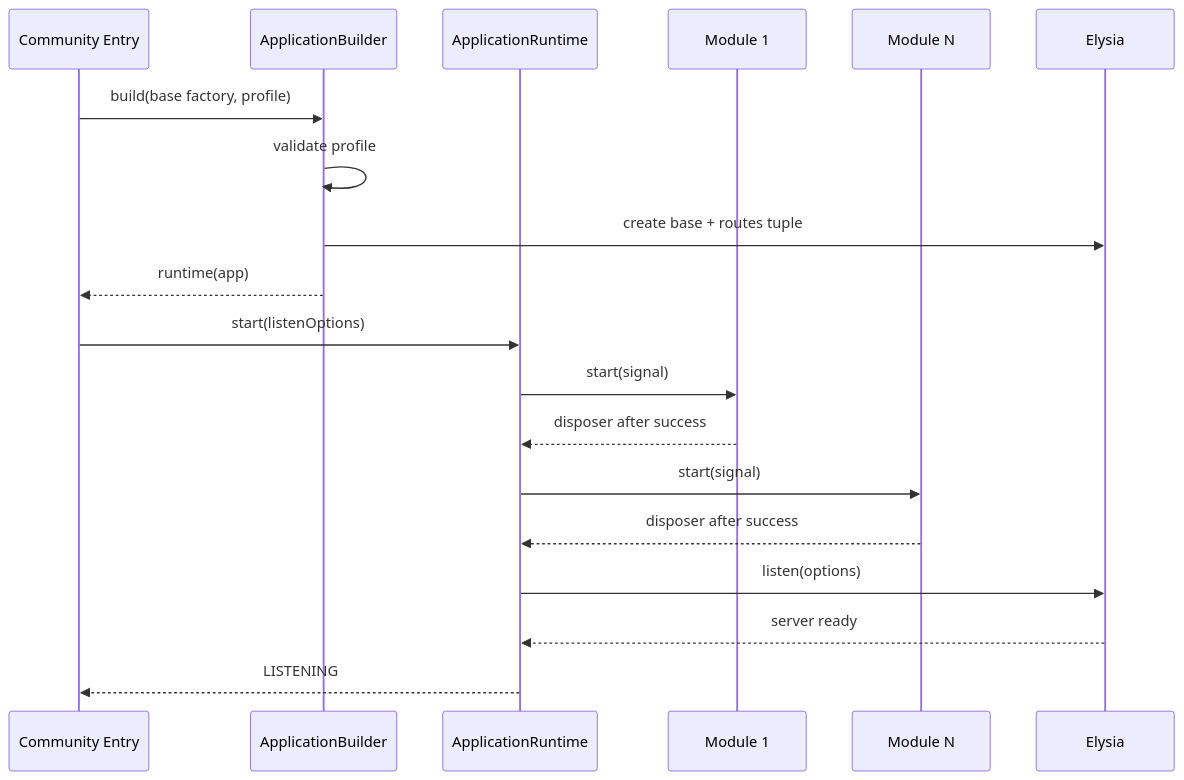
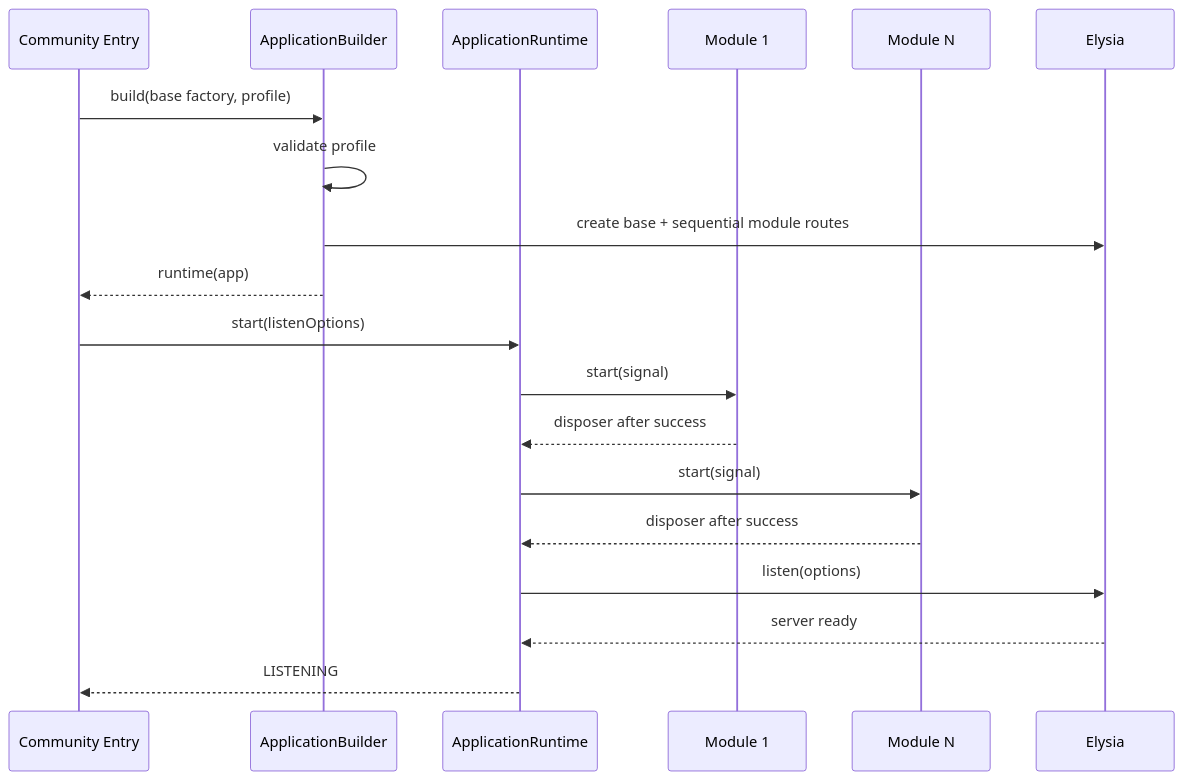
One commit to HuangPuStar/FenixAgent changed the fifth of 7 diagrams in docs/design/2026-09-04-app-builder-design.md. Above: the diagram before and after it, drawn with Mermaid. The commit also changed other lines of this file and 13 other files, not shown here.

First line of the commit message:
refactor: 使用 App Builder 装配社区应用

````diff
--- a/docs/design/2026-09-04-app-builder-design.md
+++ b/docs/design/2026-09-04-app-builder-design.md
@@ -334,22 +340,22 @@
 ```mermaid
 sequenceDiagram
     participant Entry as Community Entry
     participant Builder as ApplicationBuilder
     participant Runtime as ApplicationRuntime
     participant F1 as Module 1
     participant FN as Module N
     participant App as Elysia
 
     Entry->>Builder: build(base factory, profile)
     Builder->>Builder: validate profile
-    Builder->>App: create base + routes tuple
+    Builder->>App: create base + sequential module routes
     Builder-->>Entry: runtime(app)
     Entry->>Runtime: start(listenOptions)
     Runtime->>F1: start(signal)
     F1-->>Runtime: disposer after success
     Runtime->>FN: start(signal)
     FN-->>Runtime: disposer after success
     Runtime->>App: listen(options)
     App-->>Runtime: server ready
     Runtime-->>Entry: LISTENING
 ```
````
